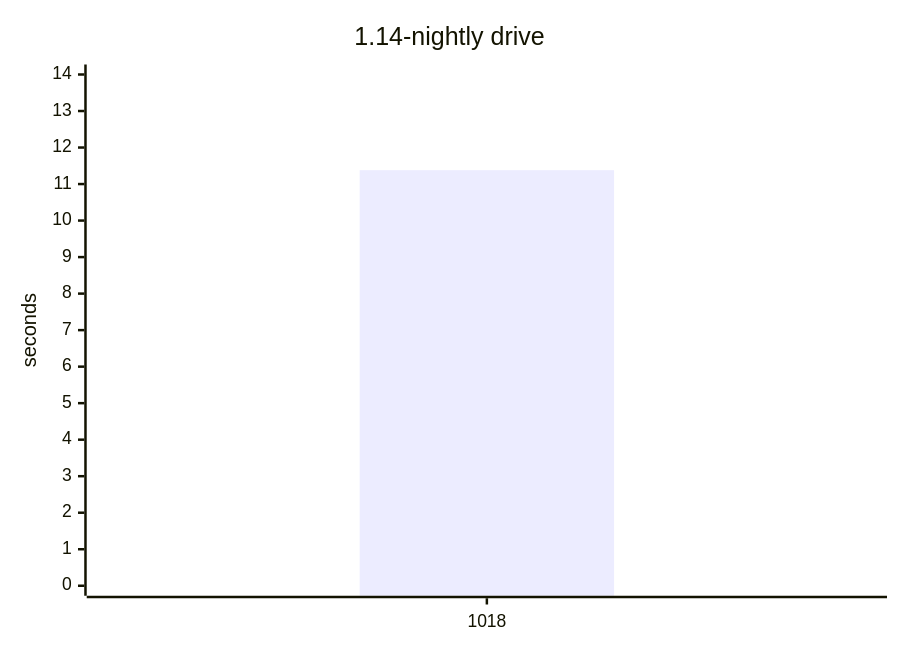
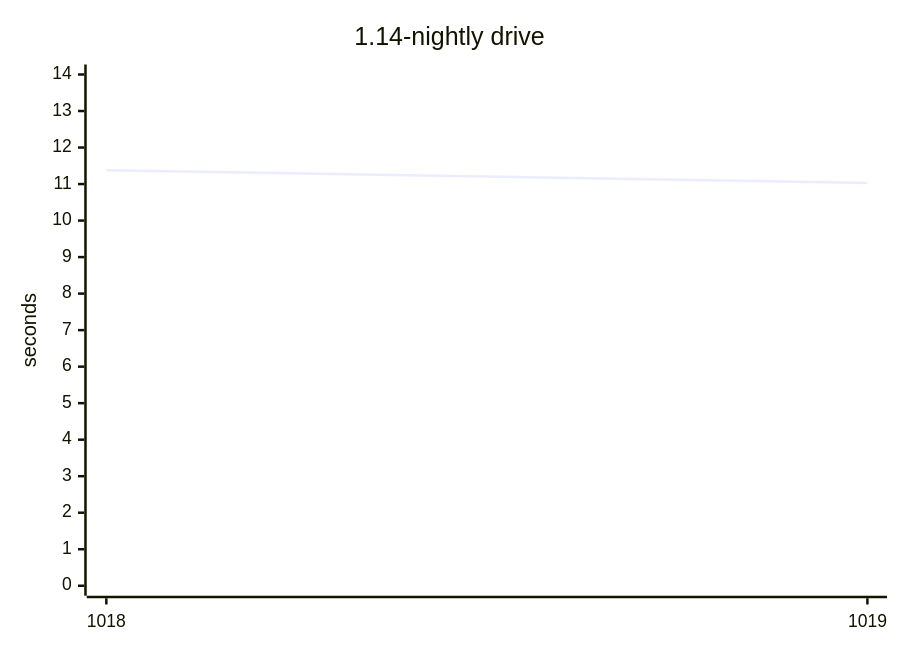
The sixth of 9 diagrams in README.md (yamanori99/DistSSHRun.jl), drawn with Mermaid before and after one commit. The commit also changed other lines of this file and 1 other file, not shown here.

````diff
--- a/README.md
+++ b/README.md
@@ -142,7 +143,7 @@
 ```mermaid
 xychart-beta
     title "1.14-nightly drive"
-    x-axis ["1018"]
+    x-axis ["1018", "1019"]
     y-axis "seconds" 0 --> 14
-    bar [11.38]
+    line [11.38, 11.03]
 ```
````
